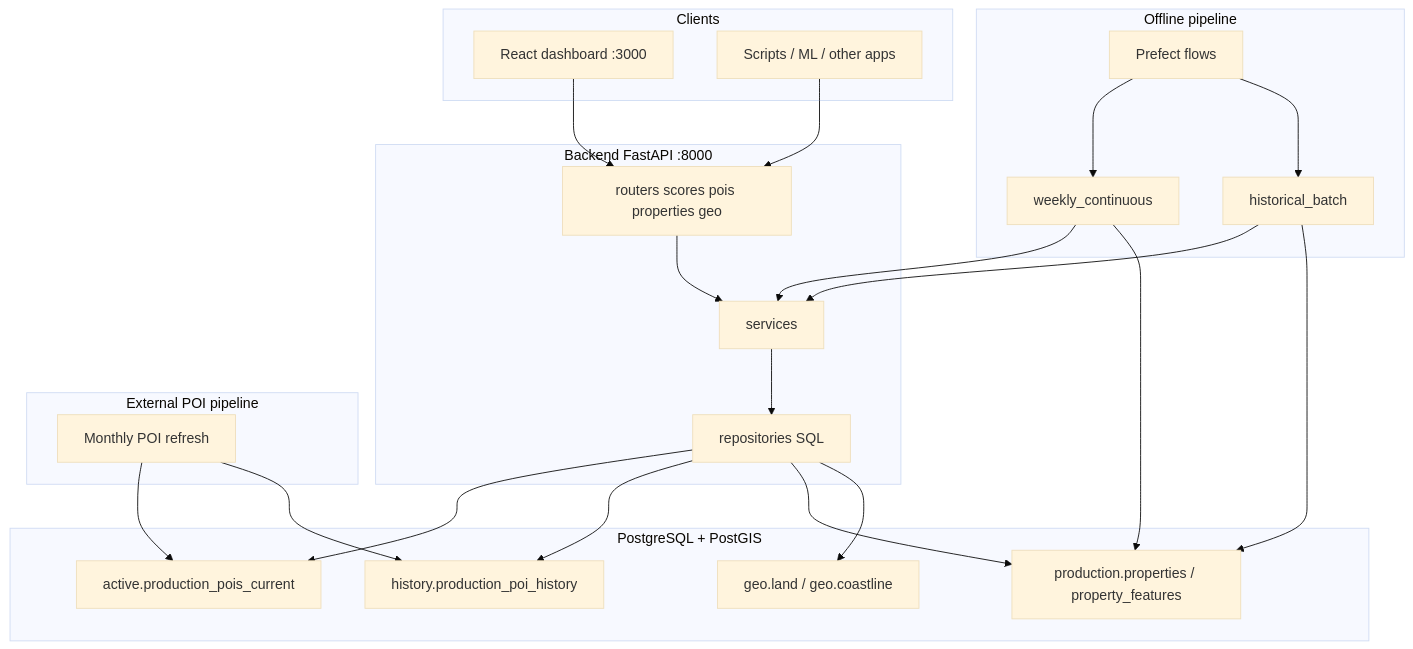
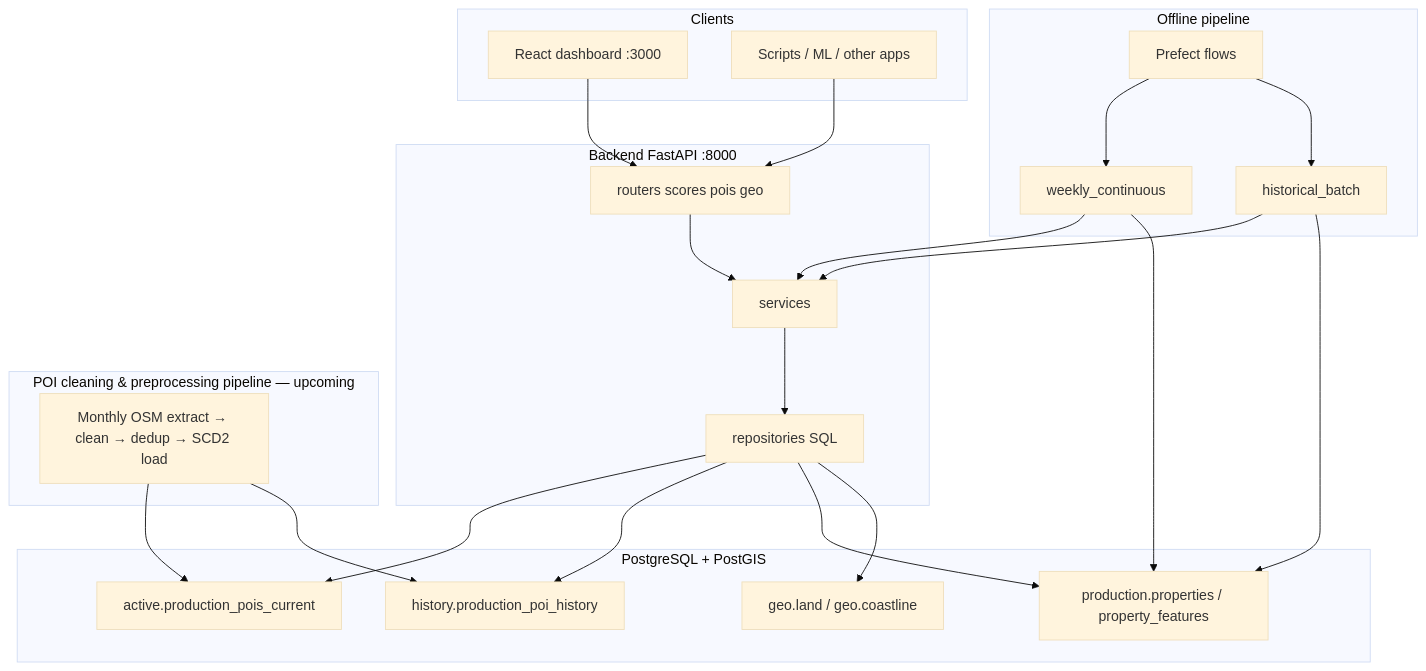
The diagram in docs/ARCHITECTURE.md (OussamaSounti/pois_scores), drawn with Mermaid (base theme) before and after one commit. The commit also changed other lines of this file and 17 other files, not shown here.

First line of the commit message:
docs: consolidate into GUIDE, ARCHITECTURE, DATA_MODEL, PLATFORM_REFERENCE and score spec

````diff
--- a/docs/ARCHITECTURE.md
+++ b/docs/ARCHITECTURE.md
@@ -10,49 +9,40 @@
 ```mermaid
 flowchart TB
   subgraph clients [Clients]
     Browser[React dashboard :3000]
     External[Scripts / ML / other apps]
   end
 
   subgraph backend [Backend FastAPI :8000]
-    Routers[routers scores pois properties geo]
+    Routers[routers scores pois geo]
     Services[services]
     Repos[repositories SQL]
   end
 
   subgraph pipeline [Offline pipeline]
     Weekly[weekly_continuous]
     Hist[historical_batch]
     Prefect[Prefect flows]
   end
 
   subgraph db [PostgreSQL + PostGIS]
     Active[active.production_pois_current]
     History[history.production_poi_history]
     Prod[production.properties / property_features]
     GeoT[geo.land / geo.coastline]
   end
 
-  subgraph external_poi [External POI pipeline]
-    POIRefresh[Monthly POI refresh]
+  subgraph poi_pipeline [POI cleaning & preprocessing pipeline — upcoming]
+    POIRefresh[Monthly OSM extract → clean → dedup → SCD2 load]
   end
 
   Browser --> Routers
   External --> Routers
-  Routers --> Services
-  Services --> Repos
-  Repos --> Active
-  Repos --> History
-  Repos --> Prod
-  Repos --> GeoT
-
+  Routers --> Services --> Repos
+  Repos --> Active & History & Prod & GeoT
   Weekly --> Services
   Hist --> Services
-  Prefect --> Weekly
-  Prefect --> Hist
-  Weekly --> Prod
-  Hist --> Prod
-
-  POIRefresh --> Active
-  POIRefresh --> History
+  Prefect --> Weekly & Hist
+  Weekly & Hist --> Prod
+  POIRefresh --> Active & History
 ```
````
